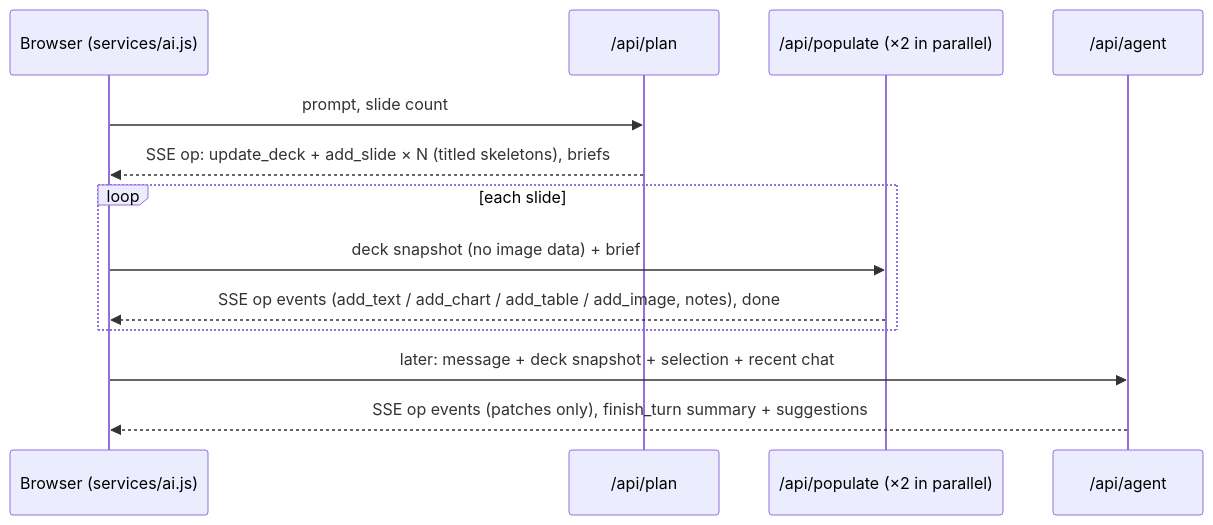
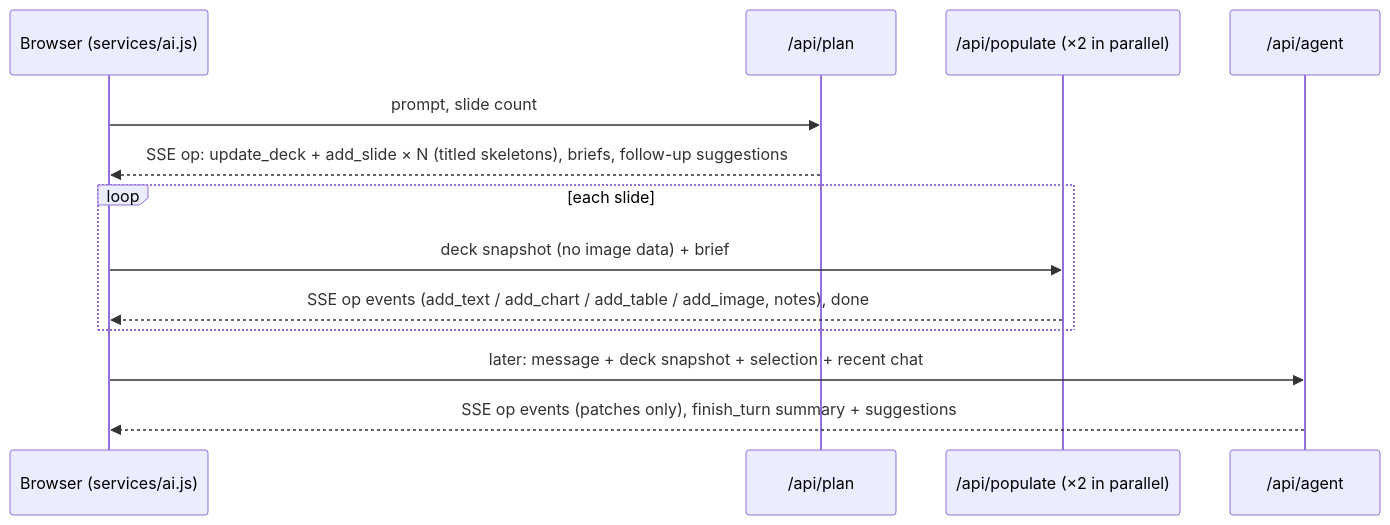
One commit to Roh4n-1729/AI-Presentation-Builder changed the fourth of 5 diagrams in docs/ARCHITECTURE.md. Above: the diagram before and after it, drawn with Mermaid. The commit also changed other lines of this file and 13 other files, not shown here.

````diff
--- a/docs/ARCHITECTURE.md
+++ b/docs/ARCHITECTURE.md
@@ -119,15 +119,15 @@
 ```mermaid
 sequenceDiagram
   participant B as Browser (services/ai.js)
   participant P as /api/plan
   participant F as /api/populate (×2 in parallel)
   participant A as /api/agent
   B->>P: prompt, slide count
-  P-->>B: SSE op: update_deck + add_slide × N (titled skeletons), briefs
+  P-->>B: SSE op: update_deck + add_slide × N (titled skeletons), briefs, follow-up suggestions
   loop each slide
     B->>F: deck snapshot (no image data) + brief
     F-->>B: SSE op events (add_text / add_chart / add_table / add_image, notes), done
   end
   B->>A: later: message + deck snapshot + selection + recent chat
   A-->>B: SSE op events (patches only), finish_turn summary + suggestions
 ```
````
